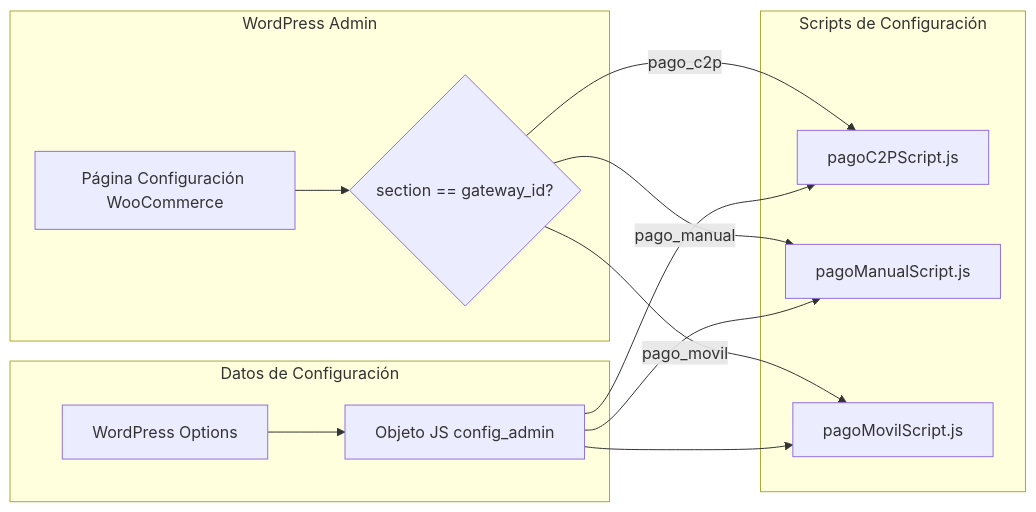
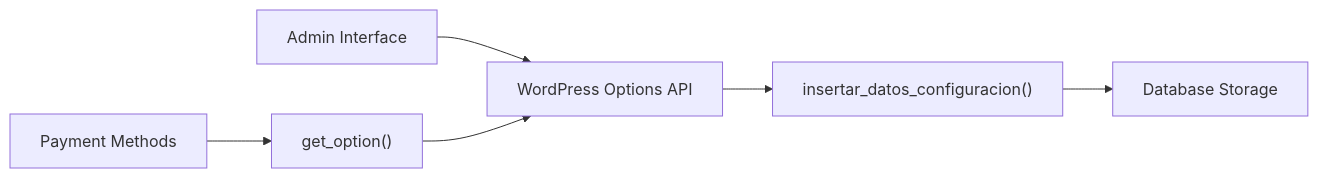
Before and after one commit to TCSCA/plugin_boton_pago: the third of 7 diagrams in README.md, drawn with Mermaid. The commit also changed other lines of this file, not shown here.

````diff
--- a/README.md
+++ b/README.md
@@ -116,28 +174,9 @@
 ```mermaid
 graph LR
-    subgraph "WordPress Admin"
-        SETTINGS_PAGE["Página Configuración WooCommerce"]
-        SECTION_CHECK{"section == gateway_id?"}
-    end
+    A["Admin Interface"] --> B["WordPress Options API"]
+    B --> C["insertar_datos_configuracion()"]
+    C --> D["Database Storage"]
     
-    subgraph "Scripts de Configuración"
-        C2P_SCRIPT["pagoC2PScript.js"]
-        MANUAL_SCRIPT["pagoManualScript.js"] 
-        MOVIL_SCRIPT["pagoMovilScript.js"]
-    end
-    
-    subgraph "Datos de Configuración"
-        WP_OPTIONS["WordPress Options"]
-        CONFIG_OBJECT["Objeto JS config_admin"]
-    end
-    
-    SETTINGS_PAGE --> SECTION_CHECK
-    SECTION_CHECK -->|"pago_c2p"| C2P_SCRIPT
-    SECTION_CHECK -->|"pago_manual"| MANUAL_SCRIPT
-    SECTION_CHECK -->|"pago_movil"| MOVIL_SCRIPT
-    
-    WP_OPTIONS --> CONFIG_OBJECT
-    CONFIG_OBJECT --> C2P_SCRIPT
-    CONFIG_OBJECT --> MANUAL_SCRIPT
-    CONFIG_OBJECT --> MOVIL_SCRIPT
+    E["Payment Methods"] --> F["get_option()"]
+    F --> B
 ```
````
